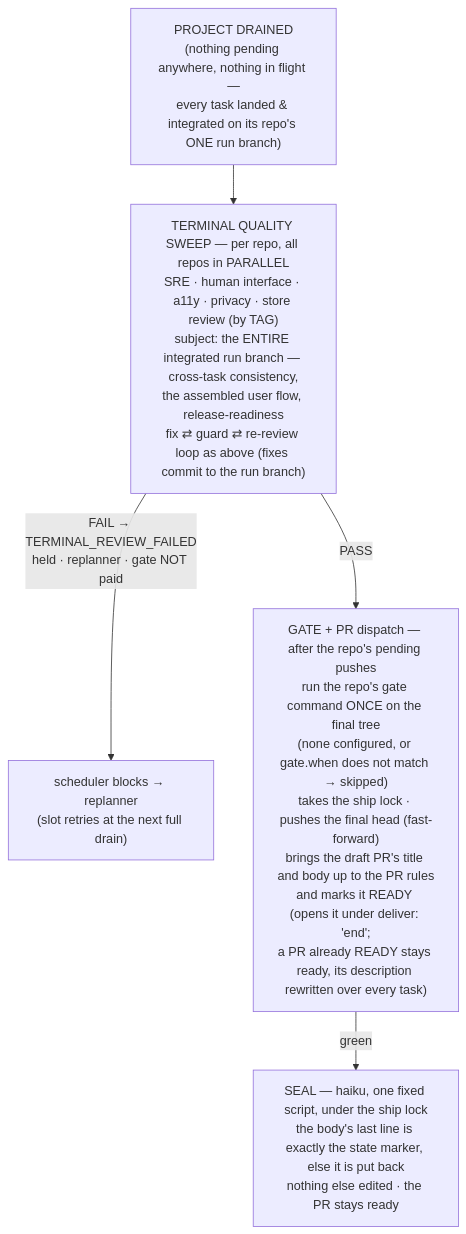
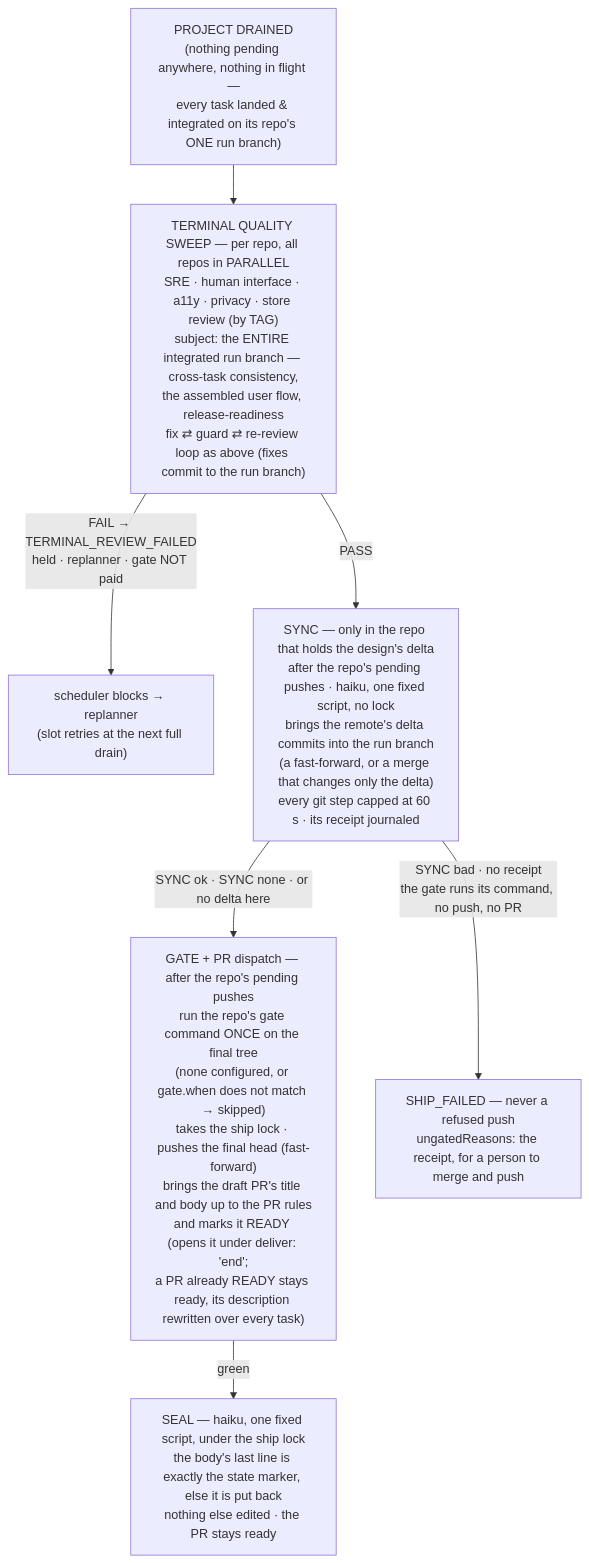
Before and after one commit to laurentlouk/grimoire: the third of 3 diagrams in workflows/README.md, drawn with Mermaid. The commit also changed other lines of this file and 13 other files, not shown here.

First line of the commit message:
feat(loop): the gate's delta SYNC is a scripted step with a receipt (#99)

````diff
--- a/workflows/README.md
+++ b/workflows/README.md
@@ -282,8 +282,11 @@
 ```mermaid
 flowchart TB
     drained["PROJECT DRAINED\n(nothing pending anywhere, nothing in flight —\nevery task landed &amp; integrated on its repo's ONE run branch)"]
     drained --> sweep["TERMINAL QUALITY SWEEP — per repo, all repos in PARALLEL\nSRE · human interface · a11y · privacy · store review (by TAG)\nsubject: the ENTIRE integrated run branch — cross-task consistency,\nthe assembled user flow, release-readiness\nfix ⇄ guard ⇄ re-review loop as above (fixes commit to the run branch)"]
     sweep -- "FAIL → TERMINAL_REVIEW_FAILED\nheld · replanner · gate NOT paid" --> replan["scheduler blocks → replanner\n(slot retries at the next full drain)"]
-    sweep -- "PASS" --> gate["GATE + PR dispatch — after the repo's pending pushes\nrun the repo's gate command ONCE on the final tree\n(none configured, or gate.when does not match → skipped)\ntakes the ship lock · pushes the final head (fast-forward)\nbrings the draft PR's title and body up to the PR rules\nand marks it READY (opens it under deliver: 'end';\na PR already READY stays ready, its description rewritten over every task)"]
+    sweep -- "PASS" --> sync["SYNC — only in the repo that holds the design's delta\nafter the repo's pending pushes · haiku, one fixed script, no lock\nbrings the remote's delta commits into the run branch\n(a fast-forward, or a merge that changes only the delta)\nevery git step capped at 60 s · its receipt journaled"]
+    sync -- "SYNC ok · SYNC none · or no delta here" --> gate
+    sync -- "SYNC bad · no receipt\nthe gate runs its command, no push, no PR" --> shipfail["SHIP_FAILED — never a refused push\nungatedReasons: the receipt, for a person to merge and push"]
+    gate["GATE + PR dispatch — after the repo's pending pushes\nrun the repo's gate command ONCE on the final tree\n(none configured, or gate.when does not match → skipped)\ntakes the ship lock · pushes the final head (fast-forward)\nbrings the draft PR's title and body up to the PR rules\nand marks it READY (opens it under deliver: 'end';\na PR already READY stays ready, its description rewritten over every task)"]
     gate -- "green" --> seal["SEAL — haiku, one fixed script, under the ship lock\nthe body's last line is exactly the state marker, else it is put back\nnothing else edited · the PR stays ready"]
 ```
````
